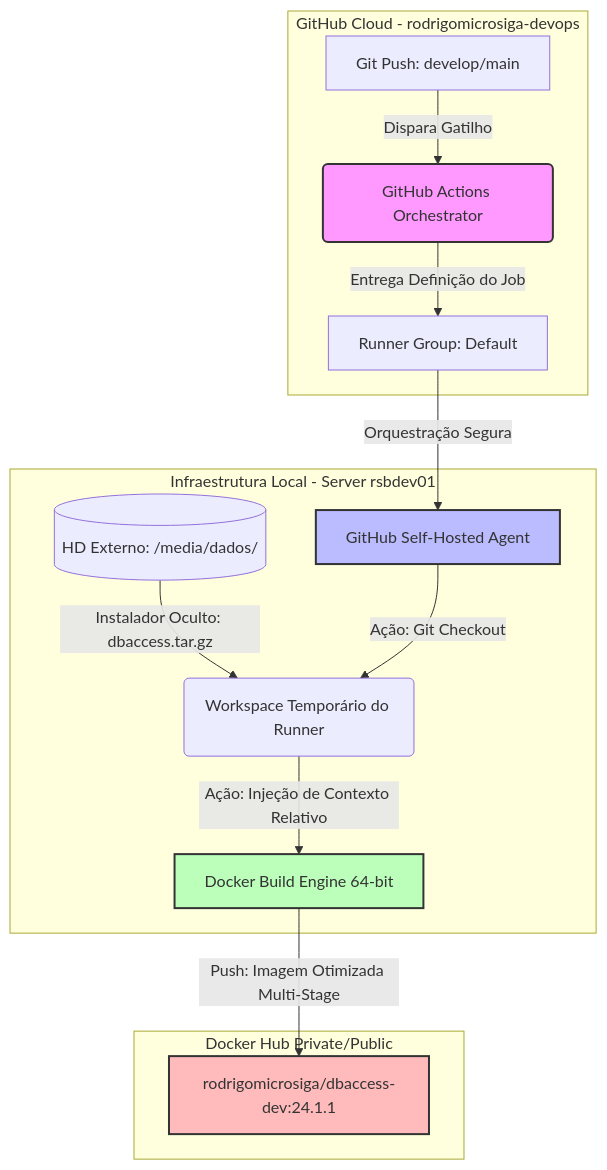
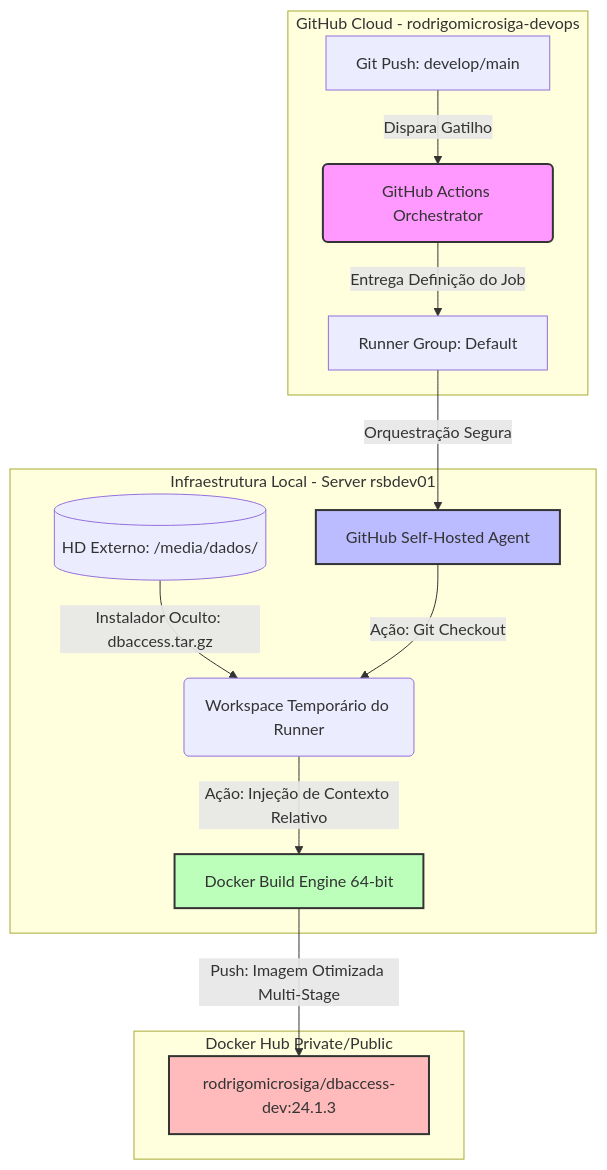
Before and after one commit to rodrigomicrosiga-devops/docker-protheus-dbaccess: the diagram in README.md, drawn with Mermaid. The commit also changed other lines of this file and 3 other files, not shown here.

Commit message:
fix(build): restaurar logica multi-stage original, drivers e entrypoint oficiais

````diff
--- a/README.md
+++ b/README.md
@@ -11,27 +11,27 @@
 ```mermaid
 graph TD
     %% Nós do Painel GitHub (Nuvem)
     subgraph GitHub_Cloud [GitHub Cloud - rodrigomicrosiga-devops]
         A[Git Push: develop/main] -->|Dispara Gatilho| B(GitHub Actions Orchestrator)
         B -->|Entrega Definição do Job| C[Runner Group: Default]
     end
 
     %% Nós da Infraestrutura Local (Músculo)
     subgraph Local_Infrastructure [Infraestrutura Local - Server rsbdev01]
         C -->|Orquestração Segura| D[GitHub Self-Hosted Agent]
         E[(HD Externo: /media/dados/)] -->|Instalador Oculto: dbaccess.tar.gz| F(Workspace Temporário do Runner)
         D -->|Ação: Git Checkout| F
         F -->|Ação: Injeção de Contexto Relativo| G[Docker Build Engine 64-bit]
     end
 
     %% Entrega do Artefato Final
     subgraph Docker_Registry [Docker Hub Private/Public]
-        G -->|Push: Imagem Otimizada Multi-Stage| H[rodrigomicrosiga/dbaccess-dev:24.1.1]
+        G -->|Push: Imagem Otimizada Multi-Stage| H[rodrigomicrosiga/dbaccess-dev:24.1.3]
     end
 
     %% Estilização do Diagrama
     style B fill:#f9f,stroke:#333,stroke-width:2px
     style D fill:#bbf,stroke:#333,stroke-width:2px
     style G fill:#bfb,stroke:#333,stroke-width:2px
     style H fill:#fbb,stroke:#333,stroke-width:2px
 ```
````
